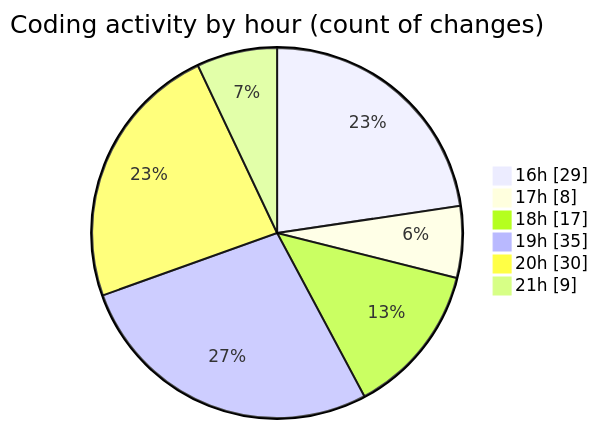
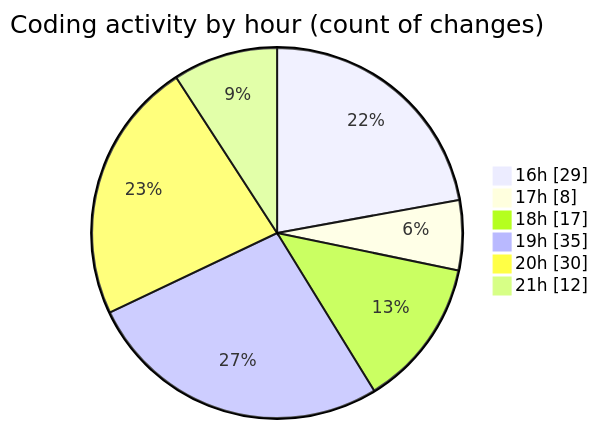
The second of 2 diagrams in 2025-11-01/skintrack/README.md (Netris89/code-tracking), drawn with Mermaid before and after one commit. The commit also changed other lines of this file and 1 other file, not shown here.

````diff
--- a/2025-11-01/skintrack/README.md
+++ b/2025-11-01/skintrack/README.md
@@ -35,10 +35,10 @@
 ```mermaid
 pie showData
 title Coding activity by hour (count of changes)
 "16h" : 29
 "17h" : 8
 "18h" : 17
 "19h" : 35
 "20h" : 30
-"21h" : 9
+"21h" : 12
 ```
````
